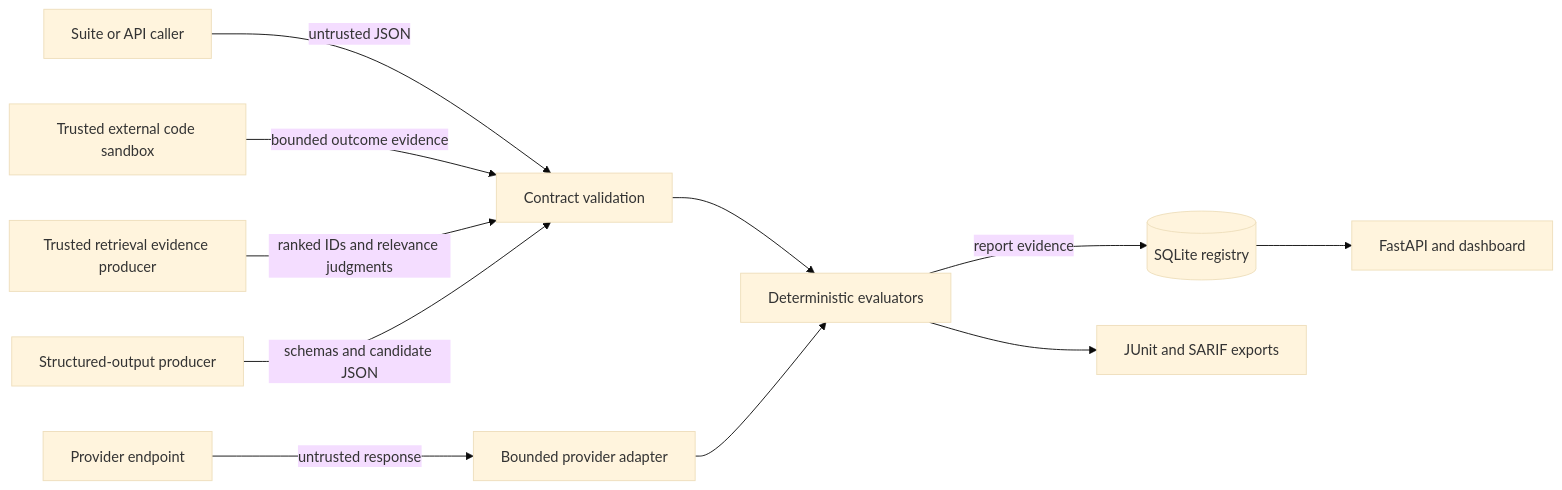
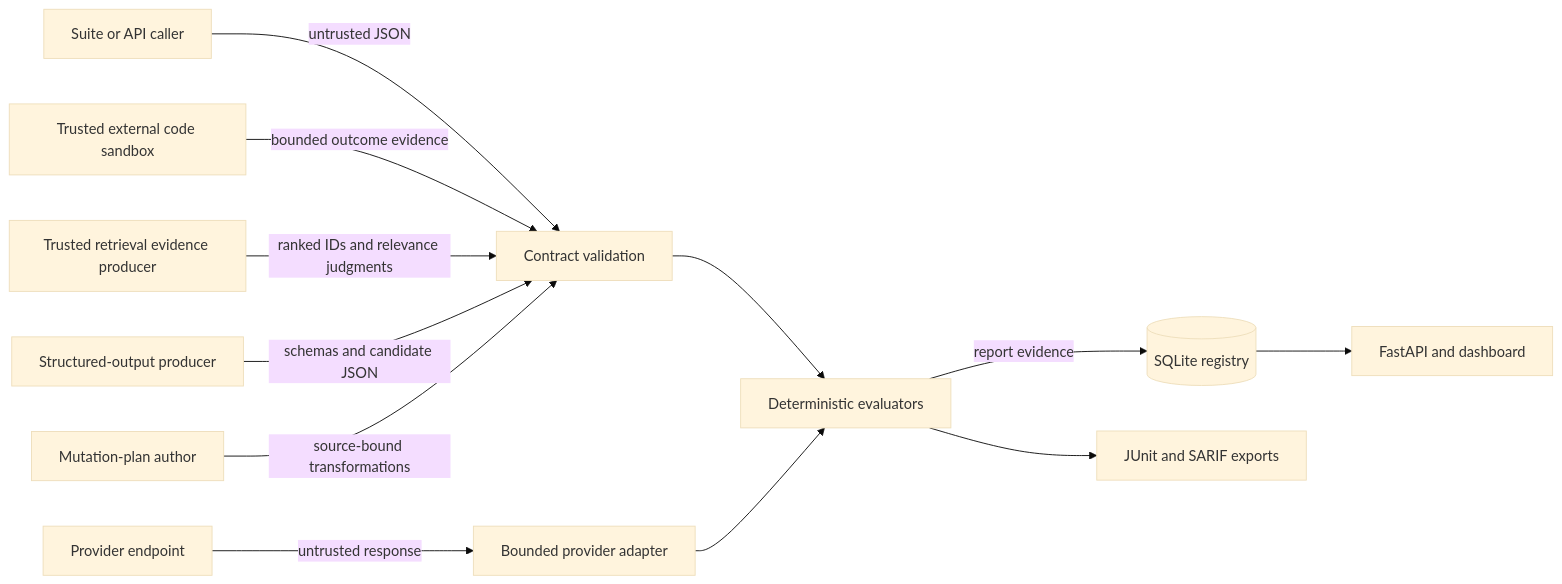
Before and after one commit to navaneeth9908/evalforge: the diagram in docs/threat-model.md, drawn with Mermaid (base theme). The commit also changed other lines of this file and 10 other files, not shown here.

````diff
--- a/docs/threat-model.md
+++ b/docs/threat-model.md
@@ -33,13 +34,14 @@
 ```mermaid
 flowchart LR
     U[Suite or API caller] -->|untrusted JSON| V[Contract validation]
     V --> E[Deterministic evaluators]
     P[Provider endpoint] -->|untrusted response| A[Bounded provider adapter]
     A --> E
     E -->|report evidence| S[(SQLite registry)]
     S --> API[FastAPI and dashboard]
     E --> CI[JUnit and SARIF exports]
     H[Trusted external code sandbox] -->|bounded outcome evidence| V
     R[Trusted retrieval evidence producer] -->|ranked IDs and relevance judgments| V
     J[Structured-output producer] -->|schemas and candidate JSON| V
+    M[Mutation-plan author] -->|source-bound transformations| V
 ```
````
